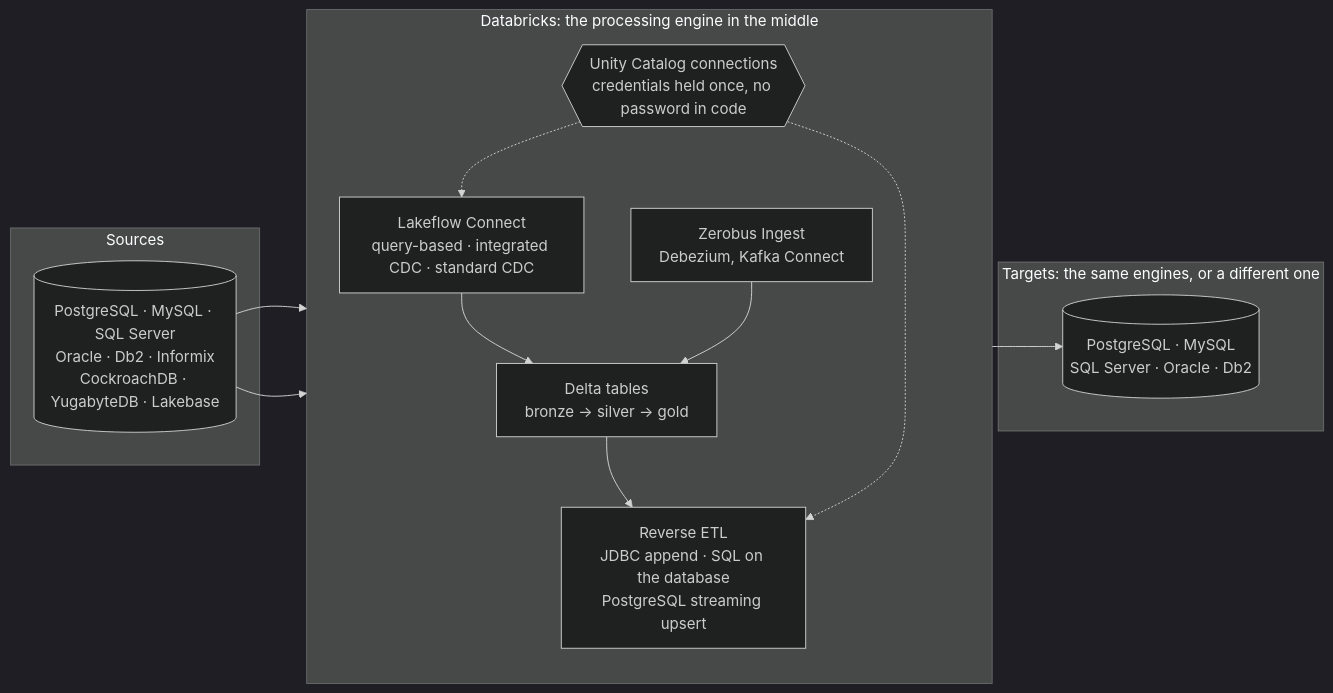
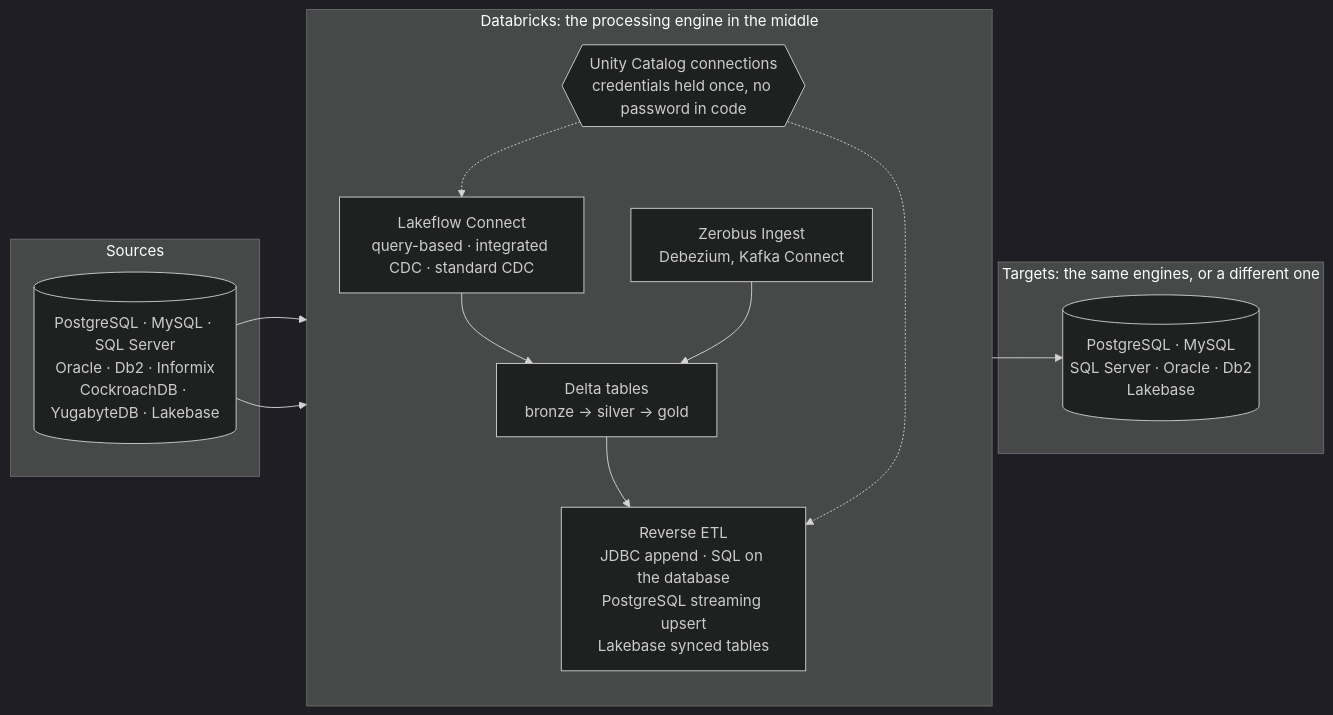
One commit to rsleedbx/databricks-agent-skills-tests changed the diagram in docs/diagrams/in-and-out.mmd. Above: the diagram before and after it, drawn with Mermaid (dark theme). The commit also changed 3 other files, not shown here.

First line of the commit message:
Reverse ETL into Lakebase: the streaming sink and synced tables, tested

```diff
--- a/docs/diagrams/in-and-out.mmd
+++ b/docs/diagrams/in-and-out.mmd
@@ -1,24 +1,24 @@
 %% Data in and out of Databricks, with the credentials held once in Unity Catalog connections
 flowchart LR
   subgraph SRC["Sources"]
     s1[("PostgreSQL · MySQL · SQL Server<br/>Oracle · Db2 · Informix<br/>CockroachDB · YugabyteDB · Lakebase")]
   end
   subgraph DBX["Databricks: the processing engine in the middle"]
     direction TB
     uc{{"Unity Catalog connections<br/>credentials held once, no password in code"}}
     lfc["Lakeflow Connect<br/>query-based · integrated CDC · standard CDC"]
     zb["Zerobus Ingest<br/>Debezium, Kafka Connect"]
     delta["Delta tables<br/>bronze → silver → gold"]
-    retl["Reverse ETL<br/>JDBC append · SQL on the database<br/>PostgreSQL streaming upsert"]
+    retl["Reverse ETL<br/>JDBC append · SQL on the database<br/>PostgreSQL streaming upsert<br/>Lakebase synced tables"]
     lfc --> delta
     zb --> delta
     delta --> retl
     uc -.-> lfc
     uc -.-> retl
   end
   subgraph TGT["Targets: the same engines, or a different one"]
-    t1[("PostgreSQL · MySQL<br/>SQL Server · Oracle · Db2")]
+    t1[("PostgreSQL · MySQL<br/>SQL Server · Oracle · Db2<br/>Lakebase")]
   end
   s1 --> lfc
   s1 --> zb
   retl --> t1
```
